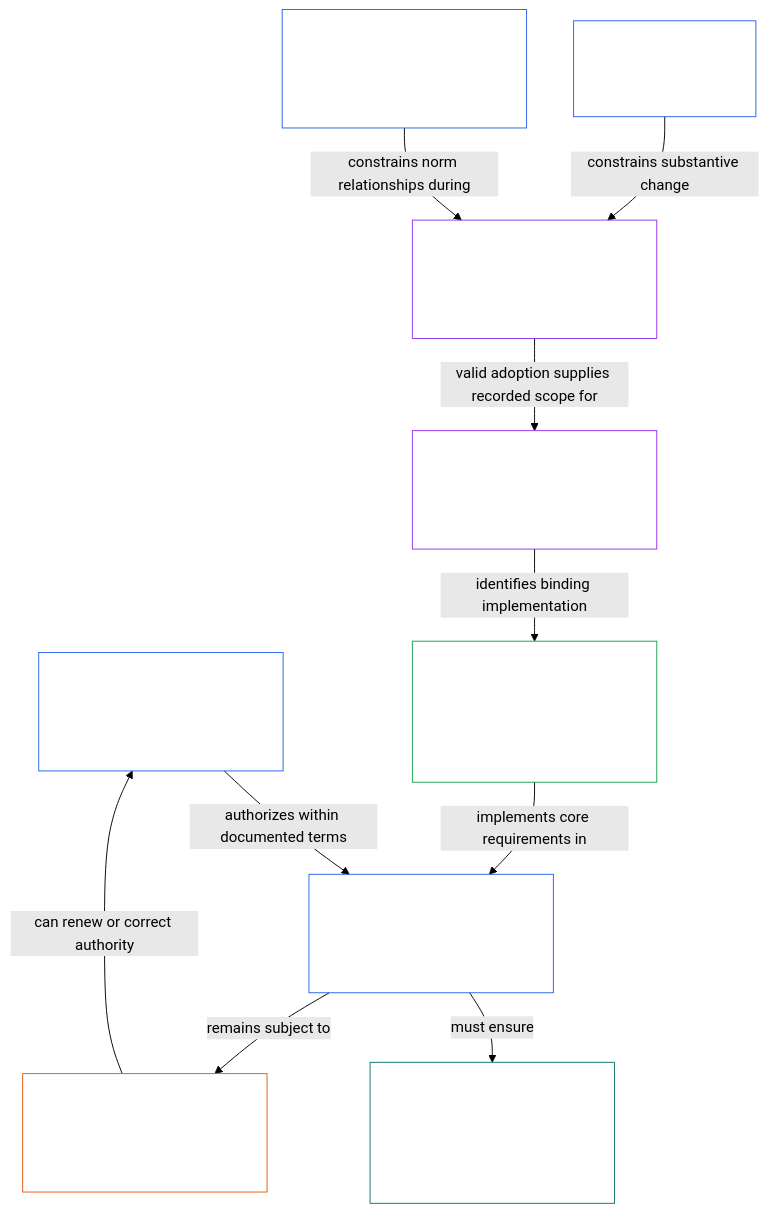
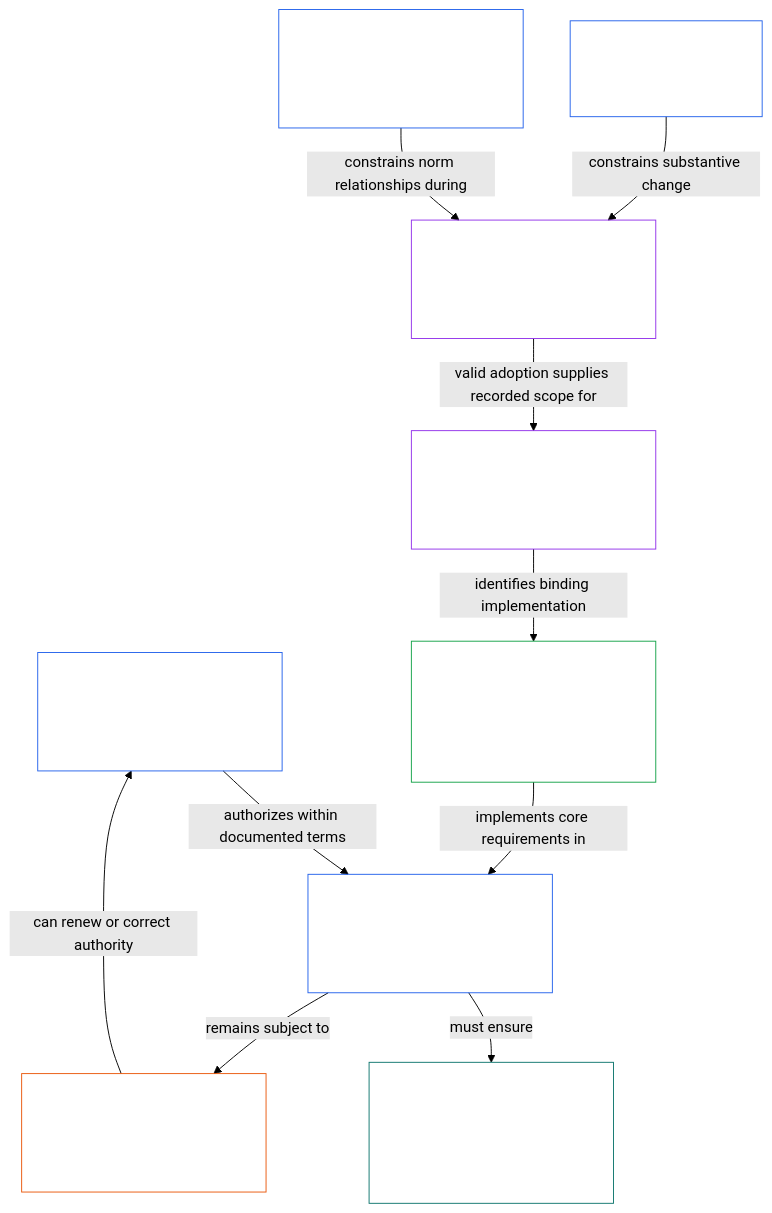
One commit to kfoelsch/Sentient_Constitution changed diagram 21 of 24 in guides/CONCEPTUAL_OVERVIEW.md. Above: the diagram before and after it, drawn with Mermaid (forest theme). The commit also changed other lines of this file and 469 other files, not shown here.

````diff
--- a/guides/CONCEPTUAL_OVERVIEW.md
+++ b/guides/CONCEPTUAL_OVERVIEW.md
@@ -1025,30 +1025,30 @@
 ```mermaid
 flowchart TB
-    A["Chapter Sixteen<br/><br/>Documented legitimacy mechanism"]
+    A["Chapter Twenty-Four<br/><br/>Documented legitimacy mechanism"]
     G["Authorized governing roles<br/><br/>Stated scope, limits and competent stewards"]
     P["Participation inside authorized systems<br/><br/>Voice and challenge paths for affected sentients"]
     R["Contestation, correction<br/><br/>and reauthorization where applicable"]
-    N["Chapter Seventeen<br/><br/>Non-regression"]
-    H["Chapter Eighteen<br/><br/>Supremacy within scope and external-law relations"]
-    U["Chapter Nineteen<br/><br/>Amendment, ratification and adoption procedures"]
-    B["Chapter Twenty<br/><br/>Incorporation, edition and custody"]
+    N["Chapter Twenty-Five<br/><br/>Non-regression"]
+    H["Chapter Twenty-Six<br/><br/>Supremacy within scope and external-law relations"]
+    U["Chapter Twenty-Seven<br/><br/>Amendment, ratification and adoption procedures"]
+    B["Chapter Twenty-Eight<br/><br/>Incorporation, edition and custody"]
     I["Adopted implementation obligations<br/><br/>Systems · Institutions · Forums · Joint structure"]
     A -->|authorizes within documented terms| G
     G -->|must ensure| P
     G -->|remains subject to| R
     R -->|can renew or correct authority| A
     N -->|constrains substantive change| U
     H -->|constrains norm relationships during| U
     U -->|valid adoption supplies recorded scope for| B
     B -->|identifies binding implementation| I
     I -->|implements core requirements in| G
     style A fill:none,stroke:#2563eb,color:#ffffff
     style G fill:none,stroke:#2563eb,color:#ffffff
     style P fill:none,stroke:#0f766e,color:#ffffff
     style R fill:none,stroke:#ea580c,color:#ffffff
     style N fill:none,stroke:#2563eb,color:#ffffff
     style H fill:none,stroke:#2563eb,color:#ffffff
     style U fill:none,stroke:#9333ea,color:#ffffff
     style B fill:none,stroke:#9333ea,color:#ffffff
     style I fill:none,stroke:#16a34a,color:#ffffff
 ```
````
